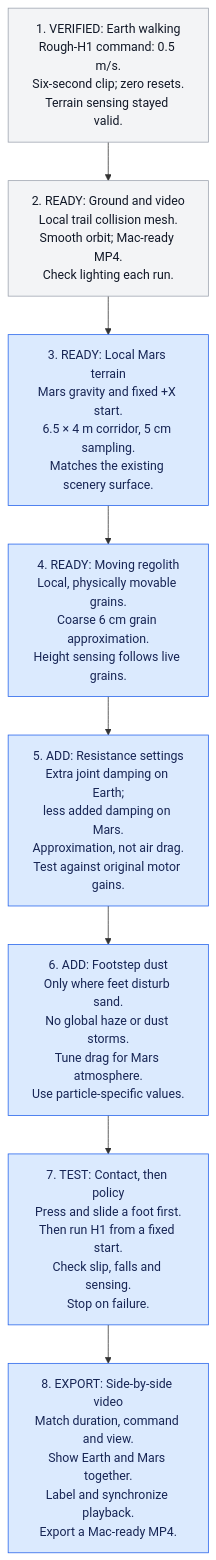
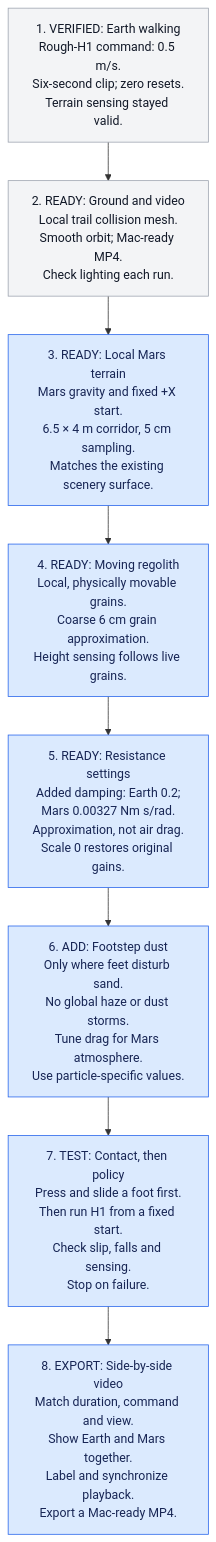
One commit to eddie-wq07/Mars-Project changed the third of 3 diagrams in README.md. Above: the diagram before and after it, drawn with Mermaid. The commit also changed other lines of this file and 3 other files, not shown here.

````diff
--- a/README.md
+++ b/README.md
@@ -124,18 +124,18 @@
 ```mermaid
 flowchart TD
     earth["1. VERIFIED: Earth walking<br/>Rough-H1 command: 0.5 m/s.<br/>Six-second clip; zero resets.<br/>Terrain sensing stayed valid."]
     capture["2. READY: Ground and video<br/>Local trail collision mesh.<br/>Smooth orbit; Mac-ready MP4.<br/>Check lighting each run."]
     mars["3. READY: Local Mars terrain<br/>Mars gravity and fixed +X start.<br/>6.5 × 4 m corridor, 5 cm sampling.<br/>Matches the existing scenery surface."]
     soil["4. READY: Moving regolith<br/>Local, physically movable grains.<br/>Coarse 6 cm grain approximation.<br/>Height sensing follows live grains."]
-    damping["5. ADD: Resistance settings<br/>Extra joint damping on Earth;<br/>less added damping on Mars.<br/>Approximation, not air drag.<br/>Test against original motor gains."]
+    damping["5. READY: Resistance settings<br/>Added damping: Earth 0.2;<br/>Mars 0.00327 Nm s/rad.<br/>Approximation, not air drag.<br/>Scale 0 restores original gains."]
     dust["6. ADD: Footstep dust<br/>Only where feet disturb sand.<br/>No global haze or dust storms.<br/>Tune drag for Mars atmosphere.<br/>Use particle-specific values."]
     test["7. TEST: Contact, then policy<br/>Press and slide a foot first.<br/>Then run H1 from a fixed start.<br/>Check slip, falls and sensing.<br/>Stop on failure."]
     compare["8. EXPORT: Side-by-side video<br/>Match duration, command and view.<br/>Show Earth and Mars together.<br/>Label and synchronize playback.<br/>Export a Mac-ready MP4."]
 
     earth --> capture --> mars --> soil --> damping --> dust --> test --> compare
 
     classDef core fill:#dbeafe,stroke:#2563eb,color:#172554;
     classDef support fill:#f3f4f6,stroke:#9ca3af,color:#111827;
     class mars,soil,damping,dust,test,compare core;
     class earth,capture support;
 ```
````
